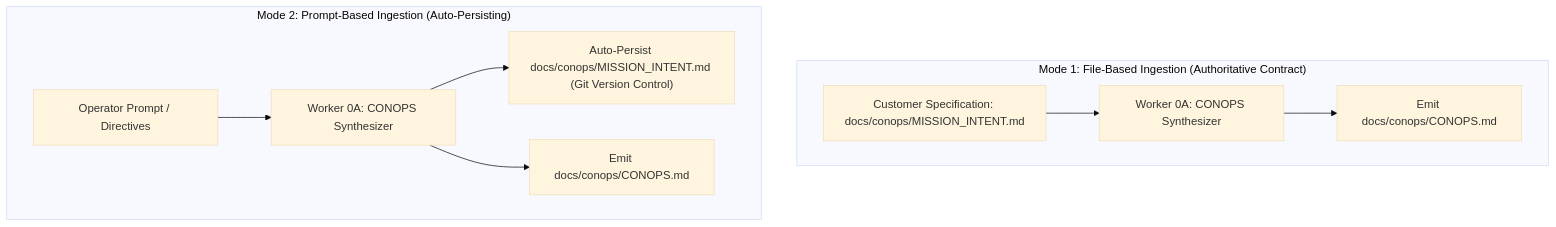
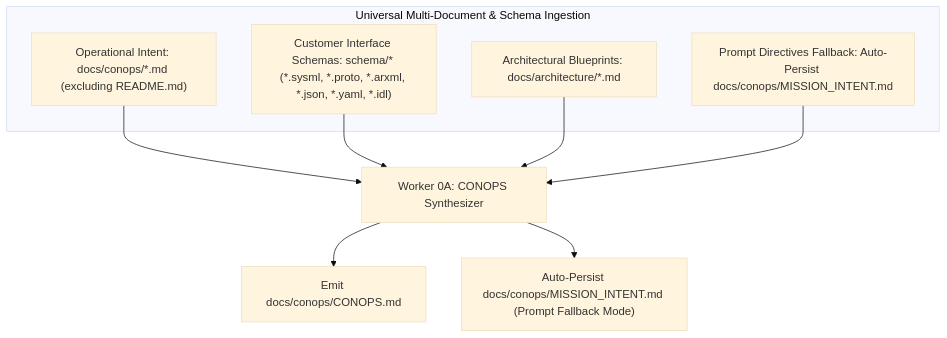
One commit to gintatkinson/DEAP-profile-vhdl-hardware changed the diagram in docs/conops/README.md. Above: the diagram before and after it, drawn with Mermaid (base theme). The commit also changed other lines of this file, not shown here.

Commit message:
fix(conops): add Universal Multi-Document & Schema Ingestion for Worker 0A (#37) (docs/conops/README.md)

````diff
--- a/docs/conops/README.md
+++ b/docs/conops/README.md
@@ -23,13 +23,17 @@
 ```mermaid
 flowchart TD
-    subgraph Mode1["Mode 1: File-Based Ingestion (Authoritative Contract)"]
-        IntentFile["Customer Specification: docs/conops/MISSION_INTENT.md"] --> Worker0A_1["Worker 0A: CONOPS Synthesizer"]
-        Worker0A_1 --> ConopsOut1["Emit docs/conops/CONOPS.md"]
+    subgraph MultiDoc["Universal Multi-Document & Schema Ingestion"]
+        IntentFiles["Operational Intent: docs/conops/*.md (excluding README.md)"]
+        SchemaFiles["Customer Interface Schemas: schema/* (*.sysml, *.proto, *.arxml, *.json, *.yaml, *.idl)"]
+        ArchFiles["Architectural Blueprints: docs/architecture/*.md"]
+        PromptFallback["Prompt Directives Fallback: Auto-Persist docs/conops/MISSION_INTENT.md"]
     end
 
-    subgraph Mode2["Mode 2: Prompt-Based Ingestion (Auto-Persisting)"]
-        PromptInput["Operator Prompt / Directives"] --> Worker0A_2["Worker 0A: CONOPS Synthesizer"]
-        Worker0A_2 --> PersistIntent["Auto-Persist docs/conops/MISSION_INTENT.md (Git Version Control)"]
-        Worker0A_2 --> ConopsOut2["Emit docs/conops/CONOPS.md"]
-    end
+    IntentFiles --> Worker0A["Worker 0A: CONOPS Synthesizer"]
+    SchemaFiles --> Worker0A
+    ArchFiles --> Worker0A
+    PromptFallback --> Worker0A
+
+    Worker0A --> ConopsOut["Emit docs/conops/CONOPS.md"]
+    Worker0A --> AutoPersist["Auto-Persist docs/conops/MISSION_INTENT.md (Prompt Fallback Mode)"]
 ```
````
